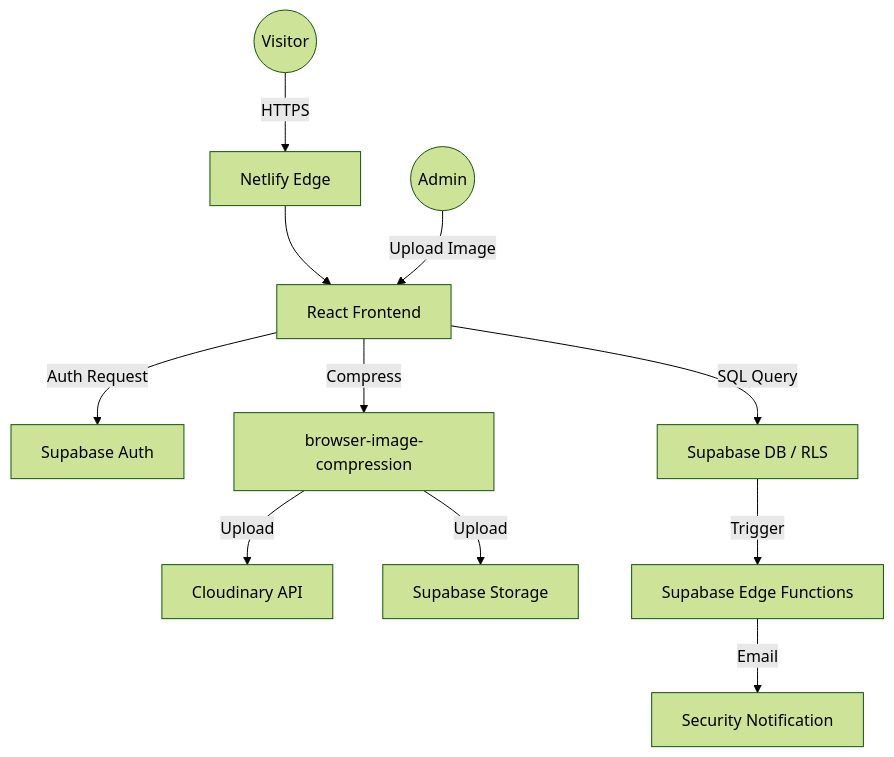
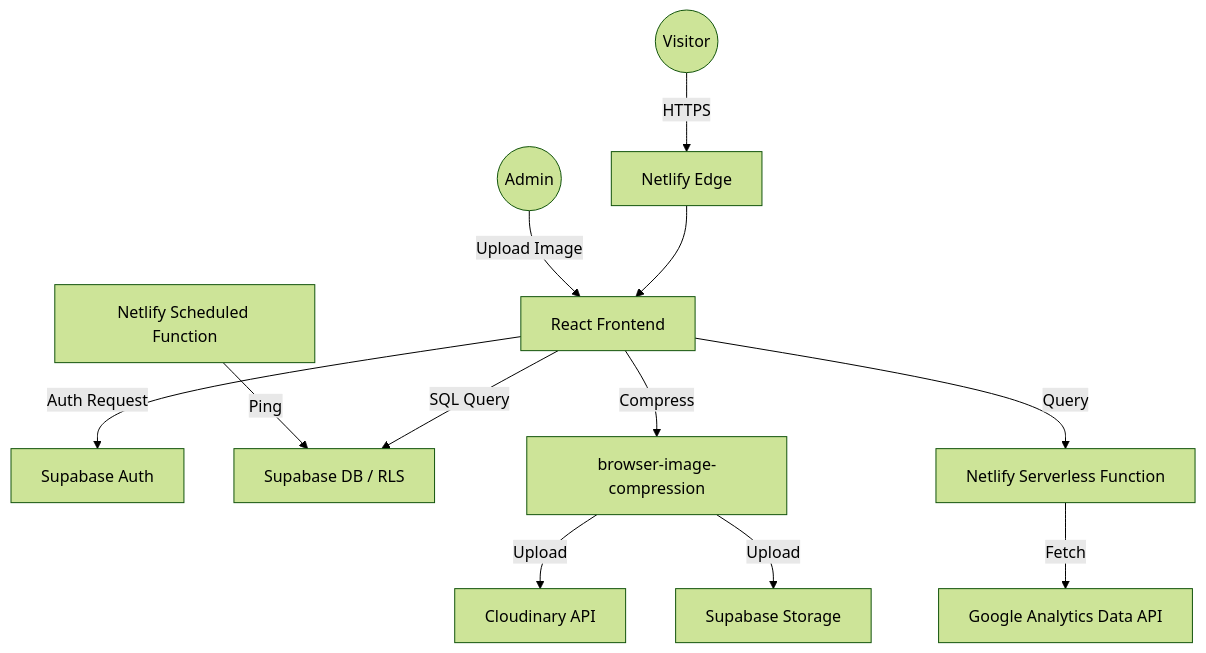
One commit to Leo-Club-of-SUSL/SabraLeos_Website changed the diagram in docs/ARCHITECTURE.md. Above: the diagram before and after it, drawn with Mermaid (forest theme). The commit also changed other lines of this file and 4 other files, not shown here.

Commit message:
feat: add comprehensive project documentation covering architecture, handover, migration, and Supabase setup, and update the environment example.

````diff
--- a/docs/ARCHITECTURE.md
+++ b/docs/ARCHITECTURE.md
@@ -32,16 +32,20 @@
 ```mermaid
 graph TD
     User((Visitor)) -->|HTTPS| Netlify[Netlify Edge]
     Netlify --> ReactApp[React Frontend]
     
     ReactApp -->|Auth Request| SupaAuth[Supabase Auth]
     ReactApp -->|SQL Query| SupaDB[Supabase DB / RLS]
     
     Admin((Admin)) -->|Upload Image| ReactApp
     ReactApp -->|Compress| ClientCompress[browser-image-compression]
     ClientCompress -->|Upload| Cloudinary[Cloudinary API]
     ClientCompress -->|Upload| SupaStore[Supabase Storage]
     
-    SupaDB -->|Trigger| EdgeFunc[Supabase Edge Functions]
-    EdgeFunc -->|Email| SecurityAlert[Security Notification]
+    %% Analytics Flow
+    NetlifyFunction[Netlify Serverless Function] -->|Fetch| GA_API[Google Analytics Data API]
+    ReactApp -->|Query| NetlifyFunction
+    
+    %% Automation
+    ScheduledFunction[Netlify Scheduled Function] -->|Ping| SupaDB
 ```
````
